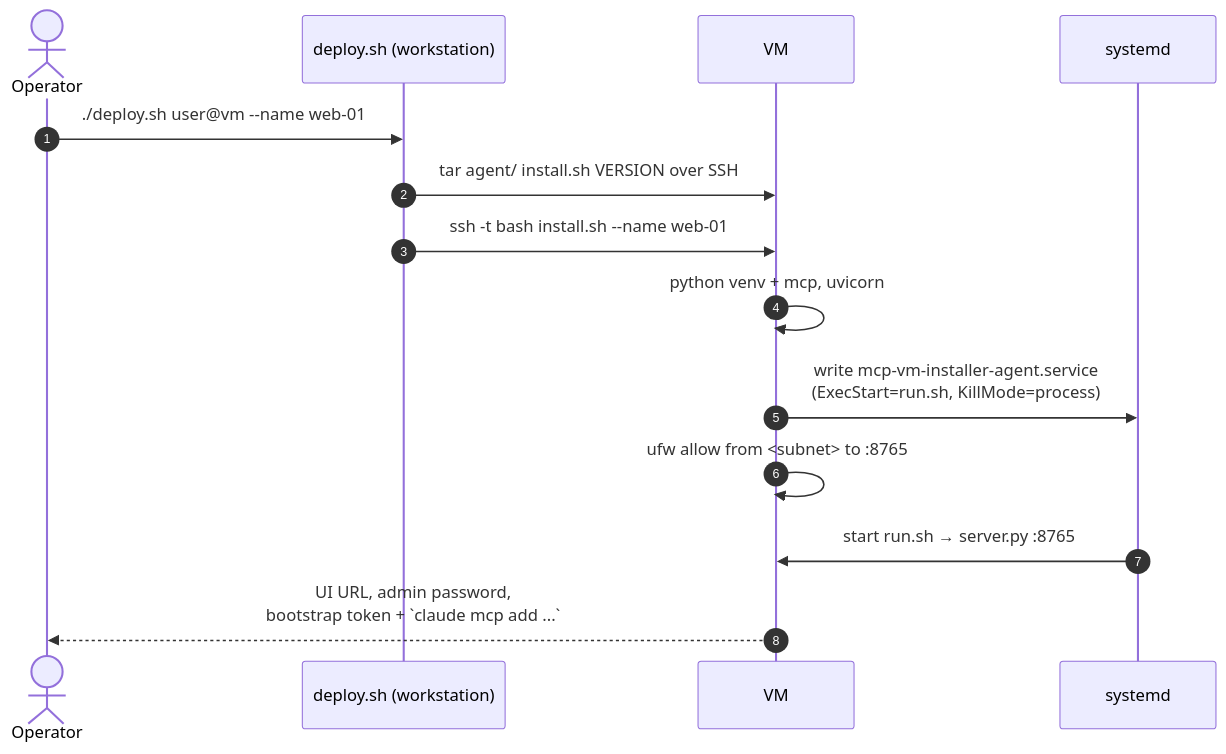
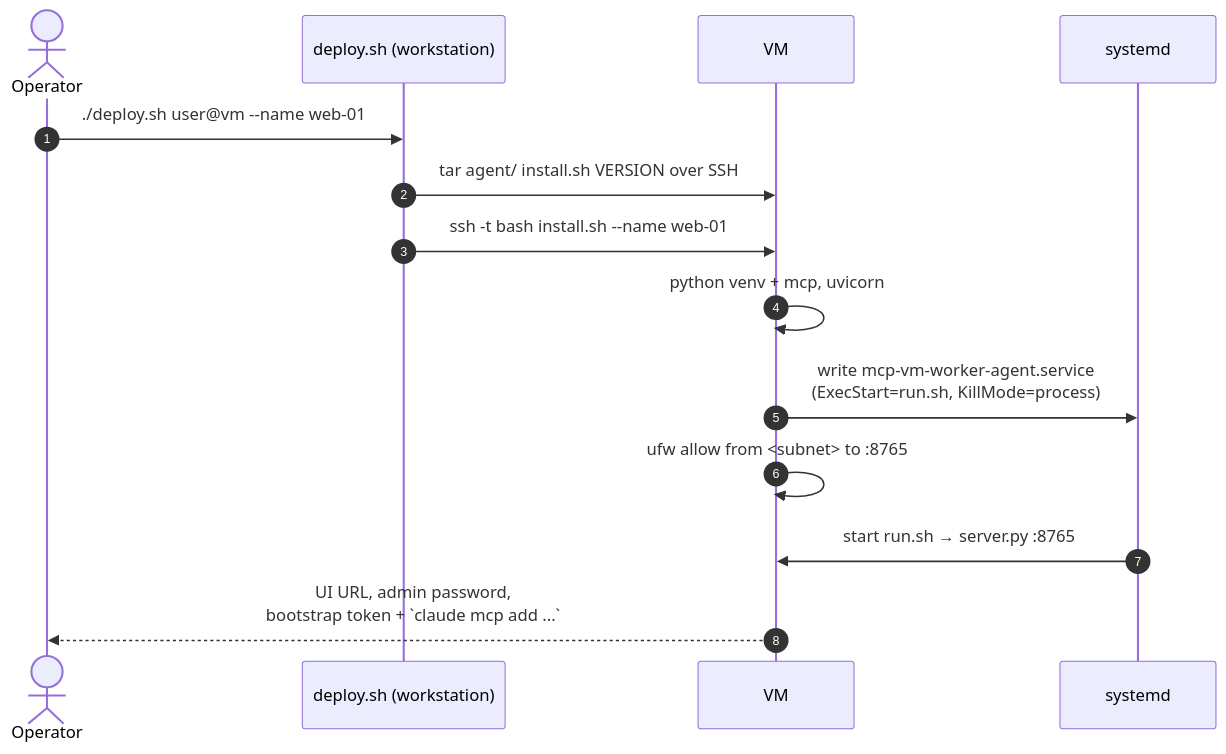
One commit to vishwasraiborde19/ai-labs changed the third of 6 diagrams in mcp-agents/vm/README.md. Above: the diagram before and after it, drawn with Mermaid. The commit also changed other lines of this file and 12 other files, not shown here.

````diff
--- a/mcp-agents/vm/README.md
+++ b/mcp-agents/vm/README.md
@@ -96,16 +96,16 @@
 ```mermaid
 sequenceDiagram
     autonumber
     actor Op as Operator
     participant D as deploy.sh (workstation)
     participant VM as VM
     participant S as systemd
     Op->>D: ./deploy.sh user@vm --name web-01
     D->>VM: tar agent/ install.sh VERSION over SSH
     D->>VM: ssh -t bash install.sh --name web-01
     VM->>VM: python venv + mcp, uvicorn
-    VM->>S: write mcp-vm-installer-agent.service<br/>(ExecStart=run.sh, KillMode=process)
+    VM->>S: write mcp-vm-worker-agent.service<br/>(ExecStart=run.sh, KillMode=process)
     VM->>VM: ufw allow from <subnet> to :8765
     S->>VM: start run.sh → server.py :8765
     VM-->>Op: UI URL, admin password,<br/>bootstrap token + `claude mcp add ...`
 ```
````
